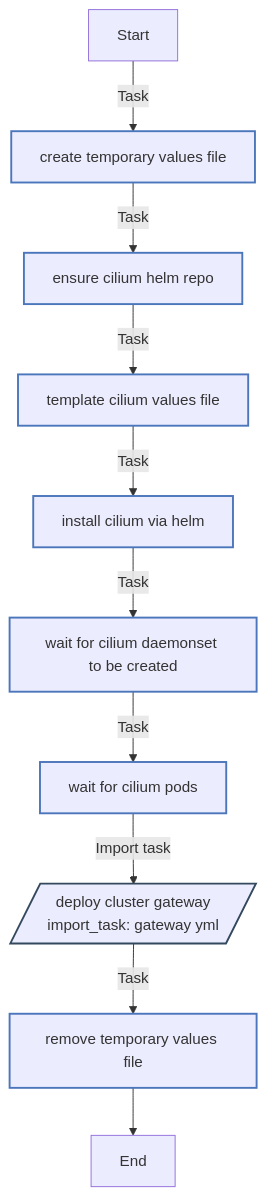
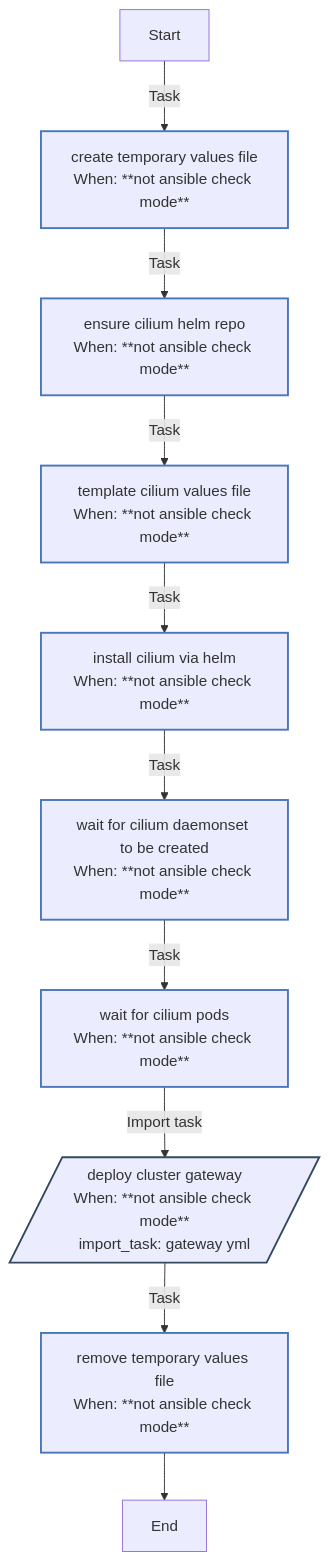
One commit to rou-cru/k3s-homelab changed the second of 2 diagrams in roles/cilium/README.md. Above: the diagram before and after it, drawn with Mermaid. The commit also changed other lines of this file and 57 other files, not shown here.

````diff
--- a/roles/cilium/README.md
+++ b/roles/cilium/README.md
@@ -187,22 +190,22 @@
 ```mermaid
 flowchart TD
 Start
 classDef block stroke:#3498db,stroke-width:2px;
 classDef task stroke:#4b76bb,stroke-width:2px;
 classDef includeTasks stroke:#16a085,stroke-width:2px;
 classDef importTasks stroke:#34495e,stroke-width:2px;
 classDef includeRole stroke:#2980b9,stroke-width:2px;
 classDef importRole stroke:#699ba7,stroke-width:2px;
 classDef includeVars stroke:#8e44ad,stroke-width:2px;
 classDef rescue stroke:#665352,stroke-width:2px;
 
-  Start-->|Task| Create_temporary_values_file0[create temporary values file]:::task
-  Create_temporary_values_file0-->|Task| Ensure_Cilium_Helm_repo1[ensure cilium helm repo]:::task
-  Ensure_Cilium_Helm_repo1-->|Task| Template_Cilium_values_file2[template cilium values file]:::task
-  Template_Cilium_values_file2-->|Task| Install_Cilium_via_Helm3[install cilium via helm]:::task
-  Install_Cilium_via_Helm3-->|Task| Wait_for_Cilium_DaemonSet_to_be_created4[wait for cilium daemonset to be created]:::task
-  Wait_for_Cilium_DaemonSet_to_be_created4-->|Task| Wait_for_cilium_pods5[wait for cilium pods]:::task
-  Wait_for_cilium_pods5-->|Import task| Deploy_Cluster_Gateway_gateway_yml_6[/deploy cluster gateway<br>import_task: gateway yml/]:::importTasks
-  Deploy_Cluster_Gateway_gateway_yml_6-->|Task| Remove_temporary_values_file7[remove temporary values file]:::task
+  Start-->|Task| Create_temporary_values_file0[create temporary values file<br>When: **not ansible check mode**]:::task
+  Create_temporary_values_file0-->|Task| Ensure_Cilium_Helm_repo1[ensure cilium helm repo<br>When: **not ansible check mode**]:::task
+  Ensure_Cilium_Helm_repo1-->|Task| Template_Cilium_values_file2[template cilium values file<br>When: **not ansible check mode**]:::task
+  Template_Cilium_values_file2-->|Task| Install_Cilium_via_Helm3[install cilium via helm<br>When: **not ansible check mode**]:::task
+  Install_Cilium_via_Helm3-->|Task| Wait_for_Cilium_DaemonSet_to_be_created4[wait for cilium daemonset to be created<br>When: **not ansible check mode**]:::task
+  Wait_for_Cilium_DaemonSet_to_be_created4-->|Task| Wait_for_cilium_pods5[wait for cilium pods<br>When: **not ansible check mode**]:::task
+  Wait_for_cilium_pods5-->|Import task| Deploy_Cluster_Gateway_gateway_yml_6[/deploy cluster gateway<br>When: **not ansible check mode**<br>import_task: gateway yml/]:::importTasks
+  Deploy_Cluster_Gateway_gateway_yml_6-->|Task| Remove_temporary_values_file7[remove temporary values file<br>When: **not ansible check mode**]:::task
   Remove_temporary_values_file7-->End
 ```
````
